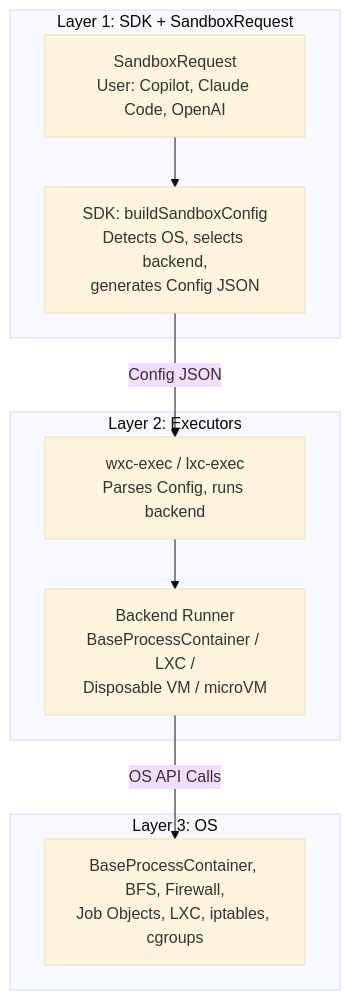
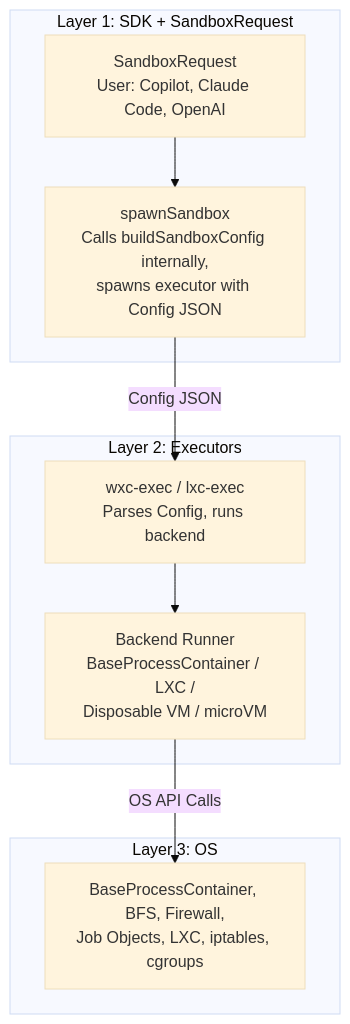
The first of 2 diagrams in docs/sandbox-policy/v1/policy.md (microsoft/mxc), drawn with Mermaid (base theme) before and after one commit.

Commit message:
Fix data flow diagram: spawnSandbox is the entry point

````diff
--- a/docs/sandbox-policy/v1/policy.md
+++ b/docs/sandbox-policy/v1/policy.md
@@ -799,21 +799,21 @@
 ```mermaid
 flowchart TB
     subgraph "Layer 1: SDK + SandboxRequest"
         A[SandboxRequest<br/>User: Copilot, Claude Code, OpenAI]
-        B[SDK: buildSandboxConfig<br/>Detects OS, selects backend,<br/>generates Config JSON]
+        B[spawnSandbox<br/>Calls buildSandboxConfig internally,<br/>spawns executor with Config JSON]
     end
 
     subgraph "Layer 2: Executors"
         E[wxc-exec / lxc-exec<br/>Parses Config, runs backend]
         G[Backend Runner<br/>BaseProcessContainer / LXC /<br/>Disposable VM / microVM]
     end
 
     subgraph "Layer 3: OS"
         H[BaseProcessContainer, BFS, Firewall,<br/>Job Objects, LXC, iptables, cgroups]
     end
 
     A --> B
     B -->|Config JSON| E
     E --> G
     G -->|OS API Calls| H
 ```
````
